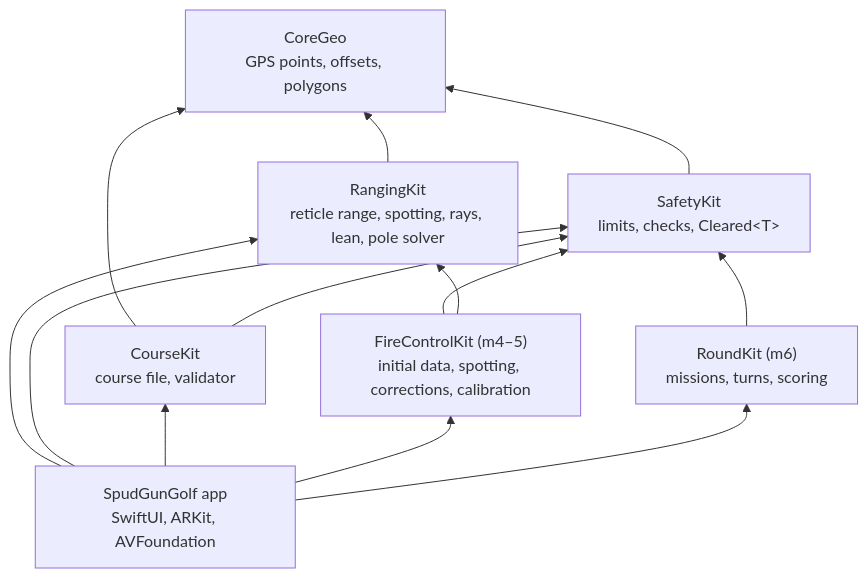
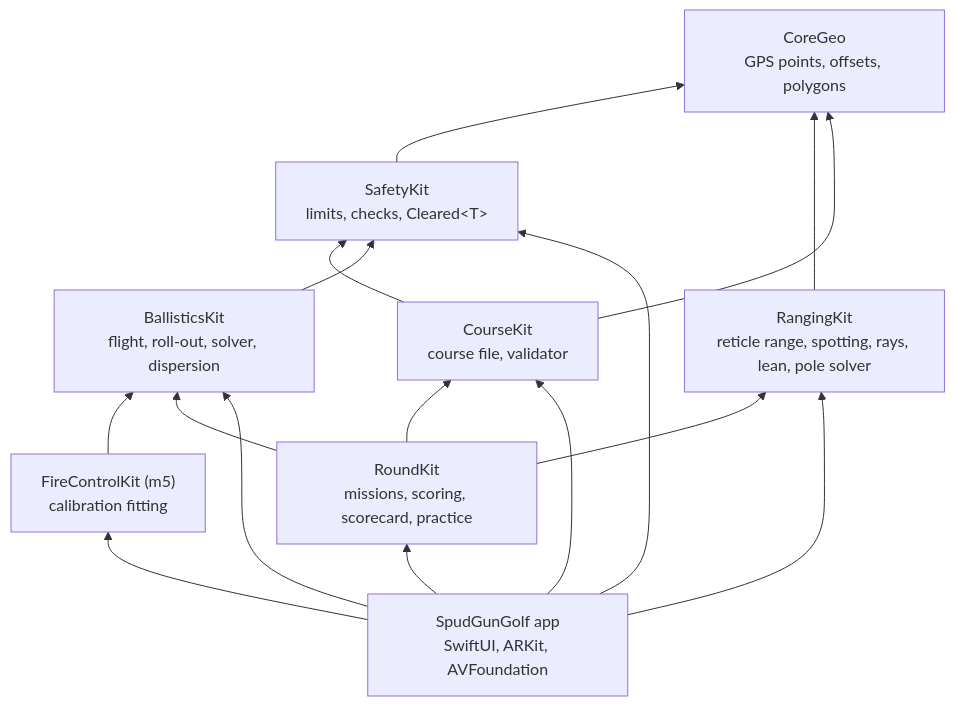
Before and after one commit to zacharyelston/BackyardBallistics: the first of 2 diagrams in docs/ARCHITECTURE.md, drawn with Mermaid. The commit also changed other lines of this file and 17 other files, not shown here.

First line of the commit message:
RoundKit and fire mission screens, with practice mode and scorecards

````diff
--- a/docs/ARCHITECTURE.md
+++ b/docs/ARCHITECTURE.md
@@ -7,22 +7,26 @@
 ```mermaid
 graph BT
   CoreGeo["CoreGeo<br/>GPS points, offsets, polygons"]
   SafetyKit["SafetyKit<br/>limits, checks, Cleared&lt;T&gt;"]
   RangingKit["RangingKit<br/>reticle range, spotting, rays, lean, pole solver"]
   CourseKit["CourseKit<br/>course file, validator"]
-  FireControlKit["FireControlKit (m4–5)<br/>initial data, spotting, corrections, calibration"]
-  RoundKit["RoundKit (m6)<br/>missions, turns, scoring"]
+  BallisticsKit["BallisticsKit<br/>flight, roll-out, solver, dispersion"]
+  FireControlKit["FireControlKit (m5)<br/>calibration fitting"]
+  RoundKit["RoundKit<br/>missions, scoring, scorecard, practice"]
   App["SpudGunGolf app<br/>SwiftUI, ARKit, AVFoundation"]
   SafetyKit --> CoreGeo
   RangingKit --> CoreGeo
   CourseKit --> CoreGeo
   CourseKit --> SafetyKit
-  FireControlKit --> SafetyKit
-  FireControlKit --> RangingKit
-  RoundKit --> SafetyKit
+  BallisticsKit --> SafetyKit
+  FireControlKit --> BallisticsKit
+  RoundKit --> RangingKit
+  RoundKit --> BallisticsKit
+  RoundKit --> CourseKit
   App --> RangingKit
   App --> SafetyKit
   App --> CourseKit
+  App --> BallisticsKit
+  App --> RoundKit
   App --> FireControlKit
-  App --> RoundKit
 ```
````
